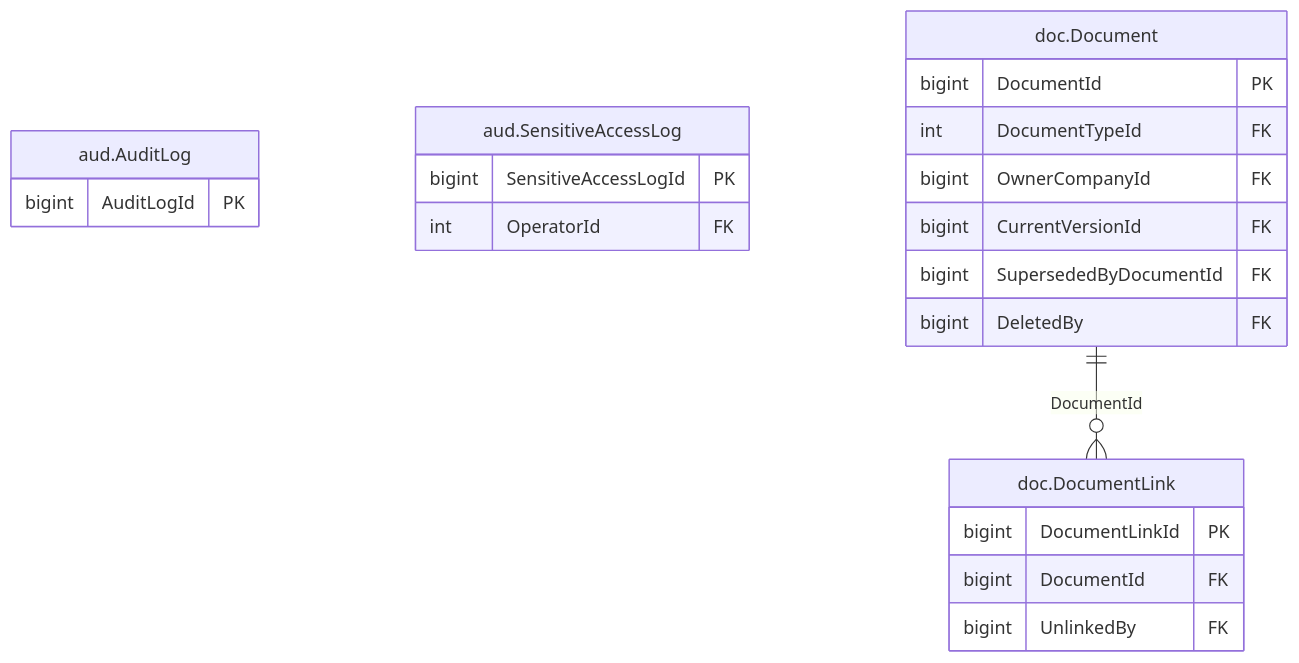
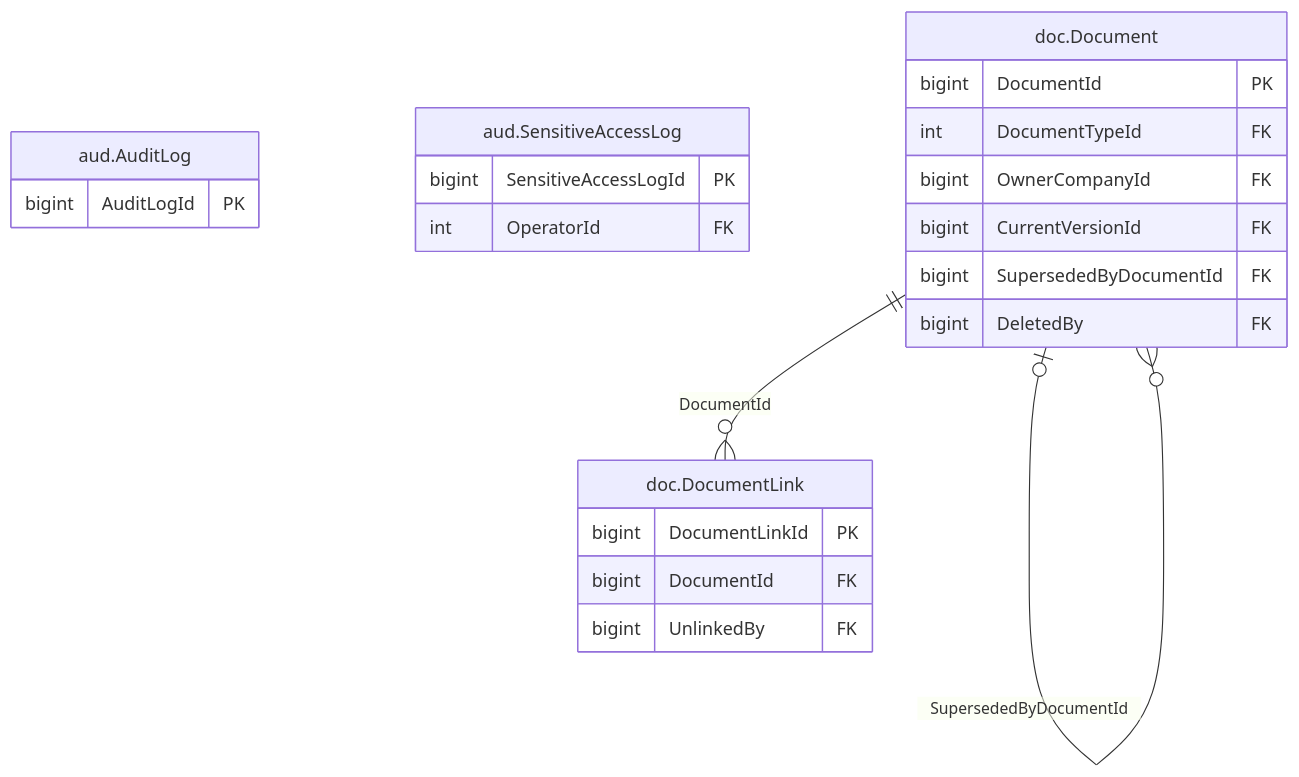
Before and after one commit to thawrasy/smartlines: the diagram in treasury-platform/docs/diagrams/erd/m0_audit_docs_1.mmd, drawn with Mermaid. The commit also changed 139 other files, not shown here.

```diff
--- a/treasury-platform/docs/diagrams/erd/m0_audit_docs_1.mmd
+++ b/treasury-platform/docs/diagrams/erd/m0_audit_docs_1.mmd
@@ -1,23 +1,24 @@
 %% م0 · التدقيق والمستندات (1/2) — Audit & documents
 erDiagram
   aud_AuditLog["aud.AuditLog"] {
     bigint AuditLogId PK
   }
   aud_SensitiveAccessLog["aud.SensitiveAccessLog"] {
     bigint SensitiveAccessLogId PK
     int OperatorId FK
   }
   doc_Document["doc.Document"] {
     bigint DocumentId PK
     int DocumentTypeId FK
     bigint OwnerCompanyId FK
     bigint CurrentVersionId FK
     bigint SupersededByDocumentId FK
     bigint DeletedBy FK
   }
   doc_DocumentLink["doc.DocumentLink"] {
     bigint DocumentLinkId PK
     bigint DocumentId FK
     bigint UnlinkedBy FK
   }
+  doc_Document |o--o{ doc_Document : "SupersededByDocumentId"
   doc_Document ||--o{ doc_DocumentLink : "DocumentId"
```
